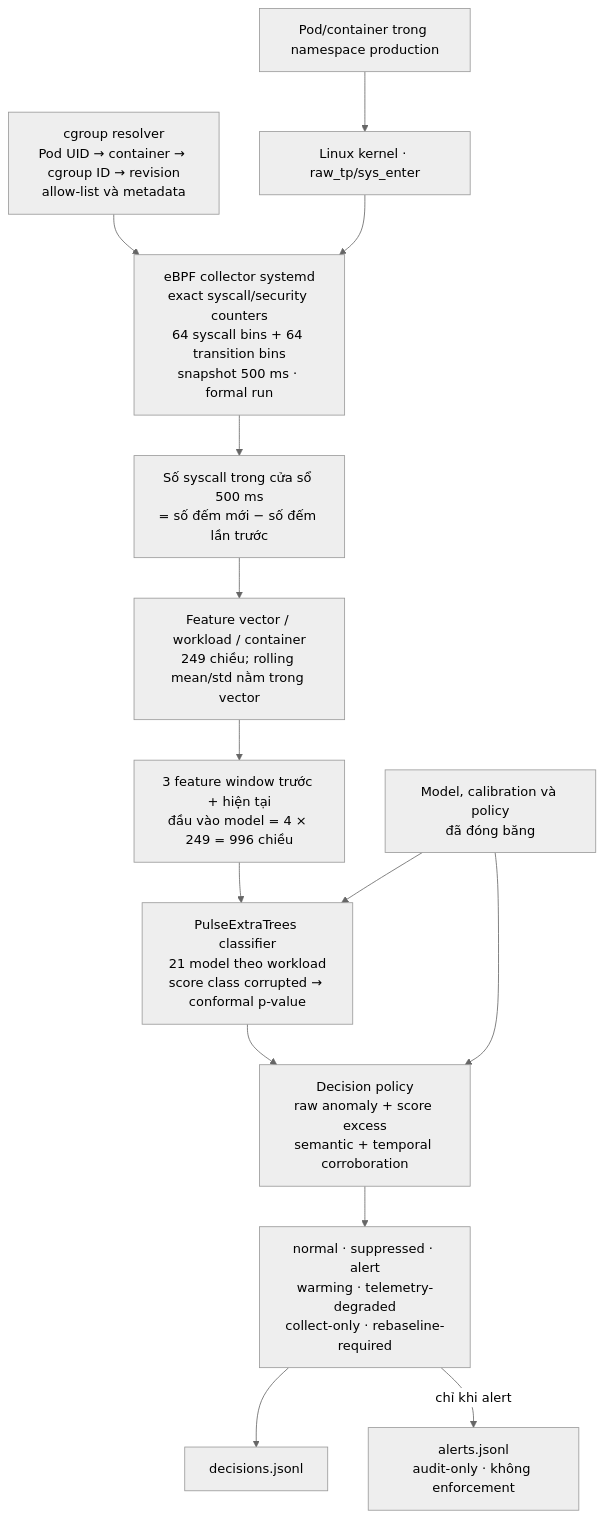
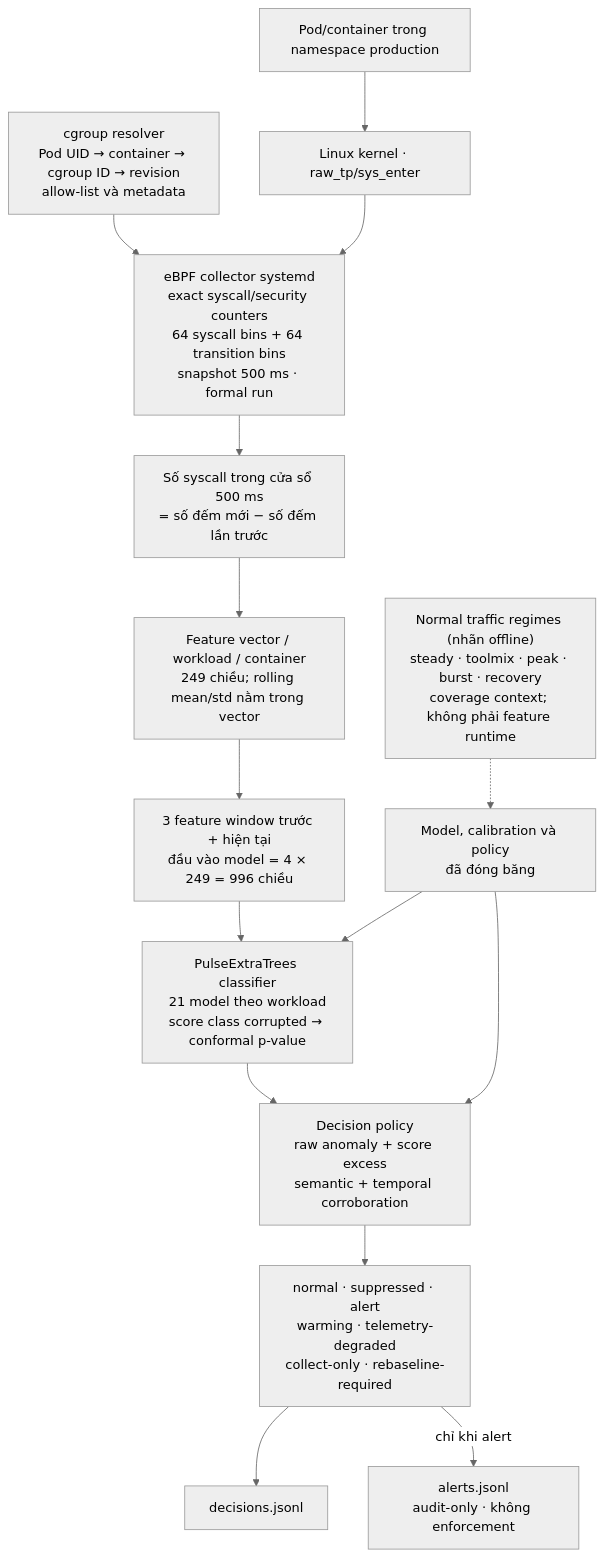
The first of 2 diagrams in sentinel-pulse.md (tndat-dev/eBPF-project), drawn with Mermaid (neutral theme) before and after one commit. The commit also changed other lines of this file, not shown here.

Commit message:
Show normal traffic regimes in Pulse architecture

````diff
--- a/sentinel-pulse.md
+++ b/sentinel-pulse.md
@@ -52,16 +52,17 @@
 ```mermaid
 flowchart TB
     APP["Pod/container trong namespace production"] --> CALL["Linux kernel · raw_tp/sys_enter"]
     RES["cgroup resolver<br/>Pod UID → container → cgroup ID → revision<br/>allow-list và metadata"] --> COL
     CALL --> COL["eBPF collector systemd<br/>exact syscall/security counters<br/>64 syscall bins + 64 transition bins<br/>snapshot 500 ms · formal run"]
     COL --> DELTA["Số syscall trong cửa sổ 500 ms<br/>= số đếm mới − số đếm lần trước"]
     DELTA --> VECTOR["Feature vector / workload / container<br/>249 chiều; rolling mean/std nằm trong vector"]
     VECTOR --> CONTEXT["3 feature window trước + hiện tại<br/>đầu vào model = 4 × 249 = 996 chiều"]
     CONTEXT --> MODEL["PulseExtraTrees classifier<br/>21 model theo workload<br/>score class corrupted → conformal p-value"]
     BUNDLE["Model, calibration và policy<br/>đã đóng băng"] --> MODEL
     MODEL --> POLICY["Decision policy<br/>raw anomaly + score excess<br/>semantic + temporal corroboration"]
     BUNDLE --> POLICY
+    REGIME["Normal traffic regimes (nhãn offline)<br/>steady · toolmix · peak · burst · recovery<br/>coverage context; không phải feature runtime"] -.-> BUNDLE
     POLICY --> RESULT["normal · suppressed · alert<br/>warming · telemetry-degraded<br/>collect-only · rebaseline-required"]
     RESULT --> DECISIONS["decisions.jsonl"]
     RESULT -->|"chỉ khi alert"| ALERTS["alerts.jsonl<br/>audit-only · không enforcement"]
 ```
````
